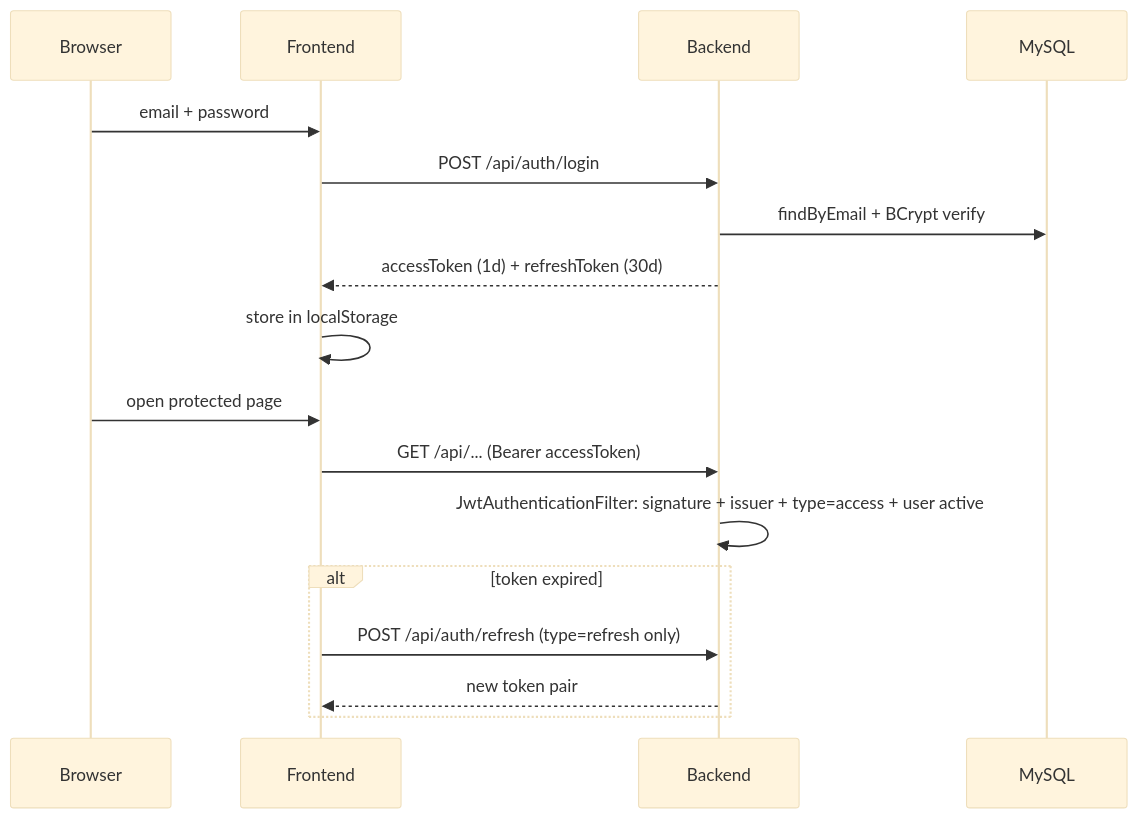
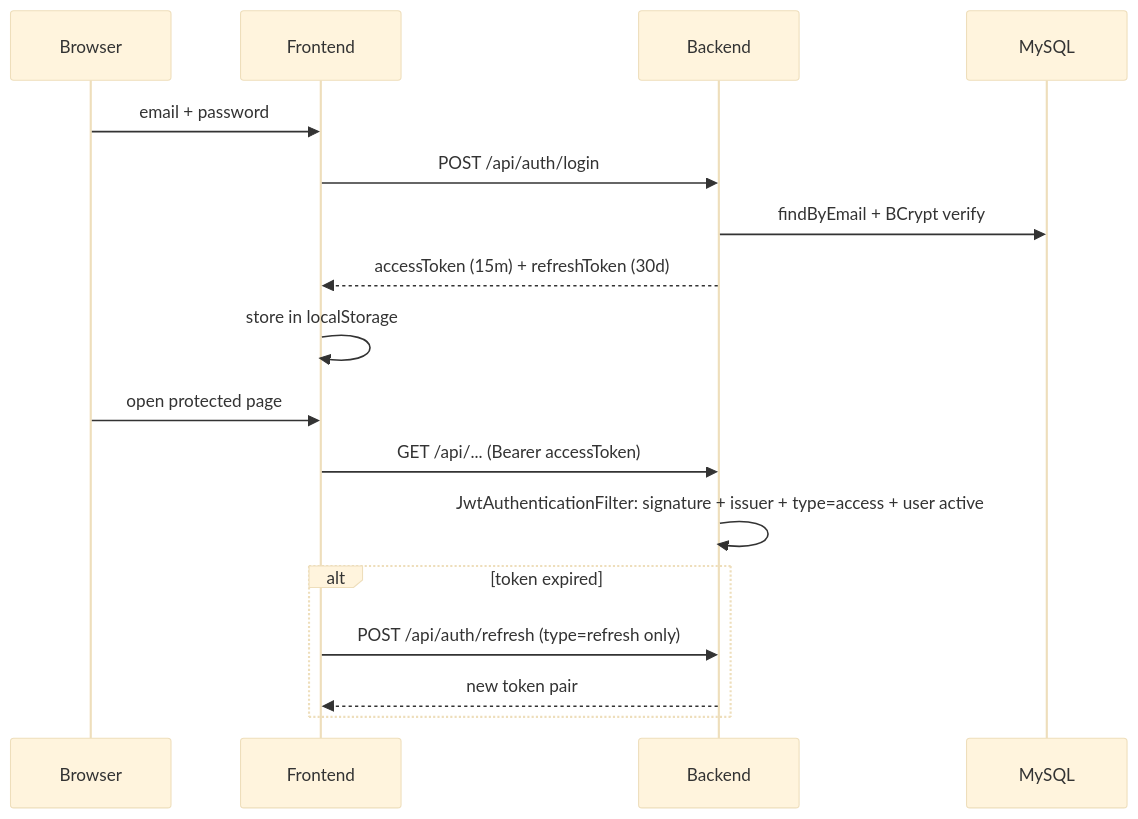
Before and after one commit to nakulsharma97/Devsync: the second of 5 diagrams in README.md, drawn with Mermaid (base theme). The commit also changed other lines of this file and 35 other files, not shown here.

````diff
--- a/README.md
+++ b/README.md
@@ -83,20 +83,20 @@
 ```mermaid
 sequenceDiagram
     participant U as Browser
     participant F as Frontend
     participant B as Backend
     participant DB as MySQL
 
     U->>F: email + password
     F->>B: POST /api/auth/login
     B->>DB: findByEmail + BCrypt verify
-    B-->>F: accessToken (1d) + refreshToken (30d)
+    B-->>F: accessToken (15m) + refreshToken (30d)
     F->>F: store in localStorage
     U->>F: open protected page
     F->>B: GET /api/... (Bearer accessToken)
     B->>B: JwtAuthenticationFilter: signature + issuer + type=access + user active
     alt token expired
         F->>B: POST /api/auth/refresh (type=refresh only)
         B-->>F: new token pair
     end
 ```
````
